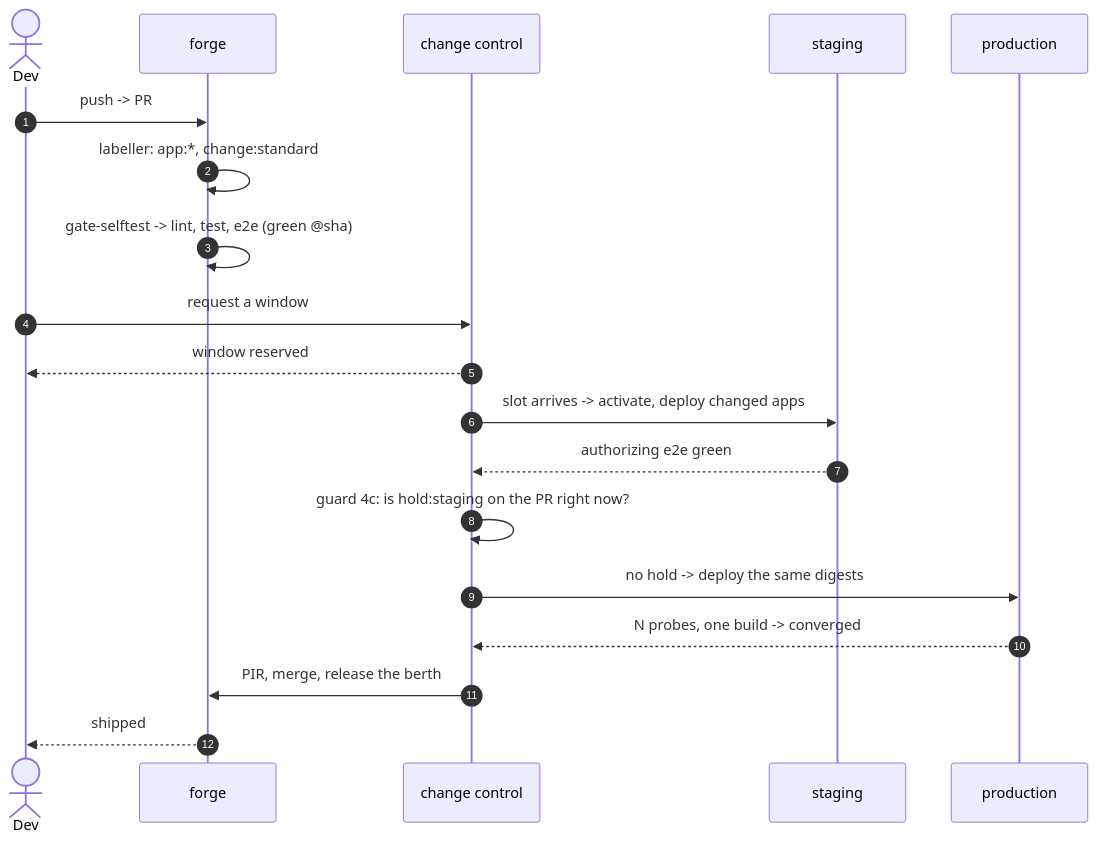
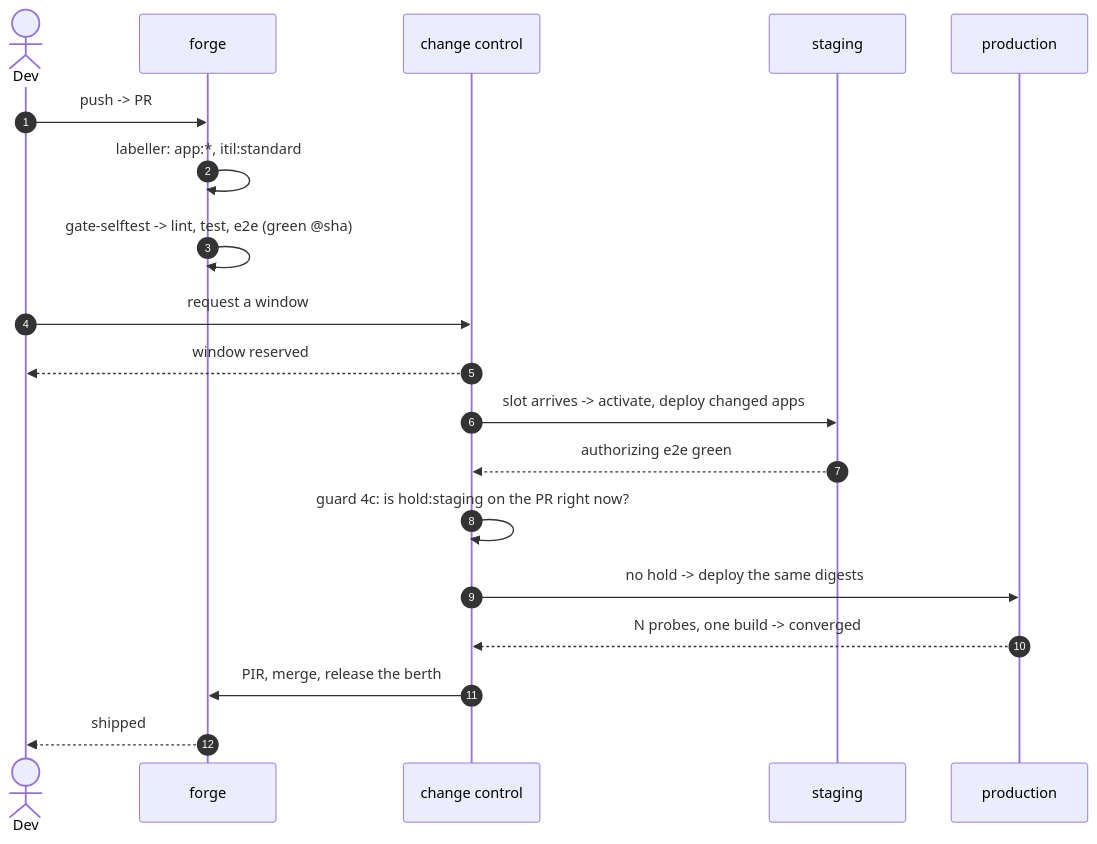
The second of 6 diagrams in README.org (aygp-dr/standard-change), drawn with Mermaid before and after one commit. The commit also changed other lines of this file, not shown here.

```diff
--- a/README.org
+++ b/README.org
@@ -67,22 +67,22 @@
 #+begin_src mermaid :eval never-export
 sequenceDiagram
     autonumber
     actor Dev
     participant GH as forge
     participant IDP as change control
     participant Stg as staging
     participant Prod as production
 
     Dev->>GH: push -> PR
-    GH->>GH: labeller: app:*, change:standard
+    GH->>GH: labeller: app:*, itil:standard
     GH->>GH: gate-selftest -> lint, test, e2e (green @sha)
     Dev->>IDP: request a window
     IDP-->>Dev: window reserved
     IDP->>Stg: slot arrives -> activate, deploy changed apps
     Stg-->>IDP: authorizing e2e green
     IDP->>IDP: guard 4c: is hold:staging on the PR right now?
     IDP->>Prod: no hold -> deploy the same digests
     Prod-->>IDP: N probes, one build -> converged
     IDP->>GH: PIR, merge, release the berth
     GH-->>Dev: shipped
 #+end_src
```
